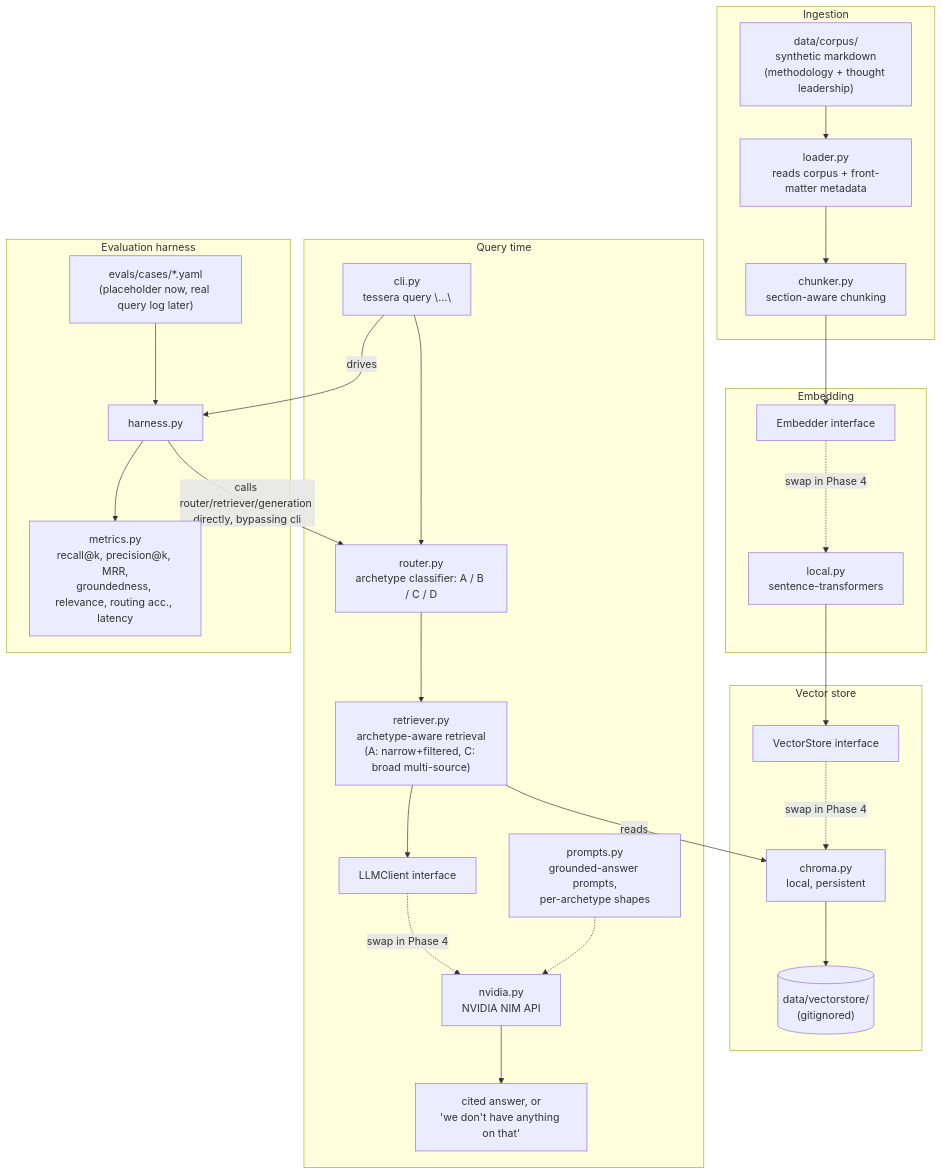
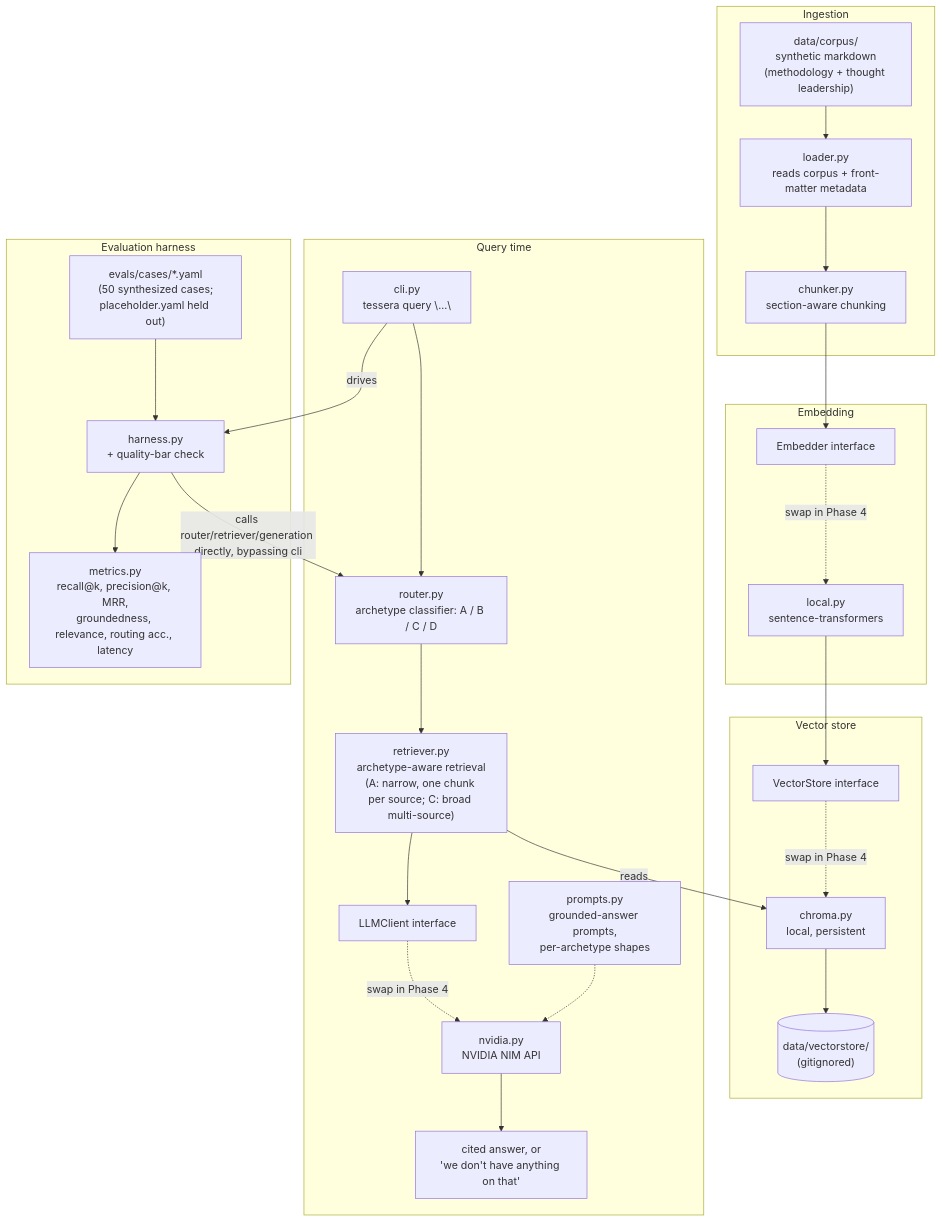
Before and after one commit to ChiragVenkateshaiah/tessera: the diagram in README.md, drawn with Mermaid. The commit also changed other lines of this file and 4 other files, not shown here.

````diff
--- a/README.md
+++ b/README.md
@@ -40,52 +42,52 @@
 ```mermaid
 flowchart TB
     subgraph ingest["Ingestion"]
         corpus["data/corpus/<br/>synthetic markdown<br/>(methodology + thought leadership)"]
         loader["loader.py<br/>reads corpus + front-matter metadata"]
         chunker["chunker.py<br/>section-aware chunking"]
         corpus --> loader --> chunker
     end
 
     subgraph embed["Embedding"]
         embedIface["Embedder interface"]
         embedImpl["local.py<br/>sentence-transformers"]
         embedIface -.swap in Phase 4.-> embedImpl
     end
 
     subgraph store["Vector store"]
         storeIface["VectorStore interface"]
         storeImpl["chroma.py<br/>local, persistent"]
         storeIface -.swap in Phase 4.-> storeImpl
         persisted[("data/vectorstore/<br/>(gitignored)")]
         storeImpl --> persisted
     end
 
     chunker --> embedIface
     embedImpl --> storeIface
 
     subgraph query["Query time"]
         cli["cli.py<br/>tessera query \"...\""]
         router["router.py<br/>archetype classifier: A / B / C / D"]
-        retriever["retriever.py<br/>archetype-aware retrieval<br/>(A: narrow+filtered, C: broad multi-source)"]
+        retriever["retriever.py<br/>archetype-aware retrieval<br/>(A: narrow, one chunk per source; C: broad multi-source)"]
         genIface["LLMClient interface"]
         genImpl["nvidia.py<br/>NVIDIA NIM API"]
         prompts["prompts.py<br/>grounded-answer prompts,<br/>per-archetype shapes"]
         cli --> router --> retriever
         retriever -->|reads| storeImpl
         retriever --> genIface
         genIface -.swap in Phase 4.-> genImpl
         prompts -.-> genImpl
         genImpl --> answer["cited answer, or<br/>'we don't have anything on that'"]
     end
 
     subgraph evalh["Evaluation harness"]
-        cases["evals/cases/*.yaml<br/>(placeholder now, real query log later)"]
-        harness["harness.py"]
+        cases["evals/cases/*.yaml<br/>(50 synthesized cases;<br/>placeholder.yaml held out)"]
+        harness["harness.py<br/>+ quality-bar check"]
         metrics["metrics.py<br/>recall@k, precision@k, MRR,<br/>groundedness, relevance, routing acc., latency"]
         cases --> harness
         harness -->|calls router/retriever/generation directly, bypassing cli| router
         harness --> metrics
     end
 
     cli -->|drives| harness
 ```
````
